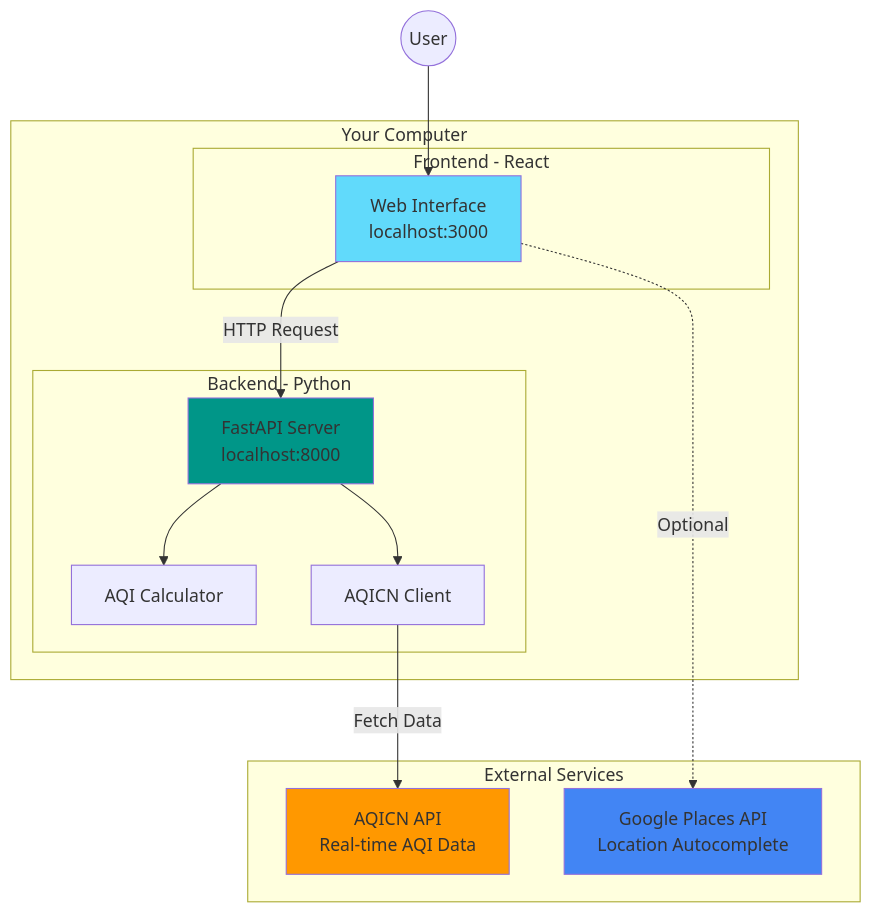
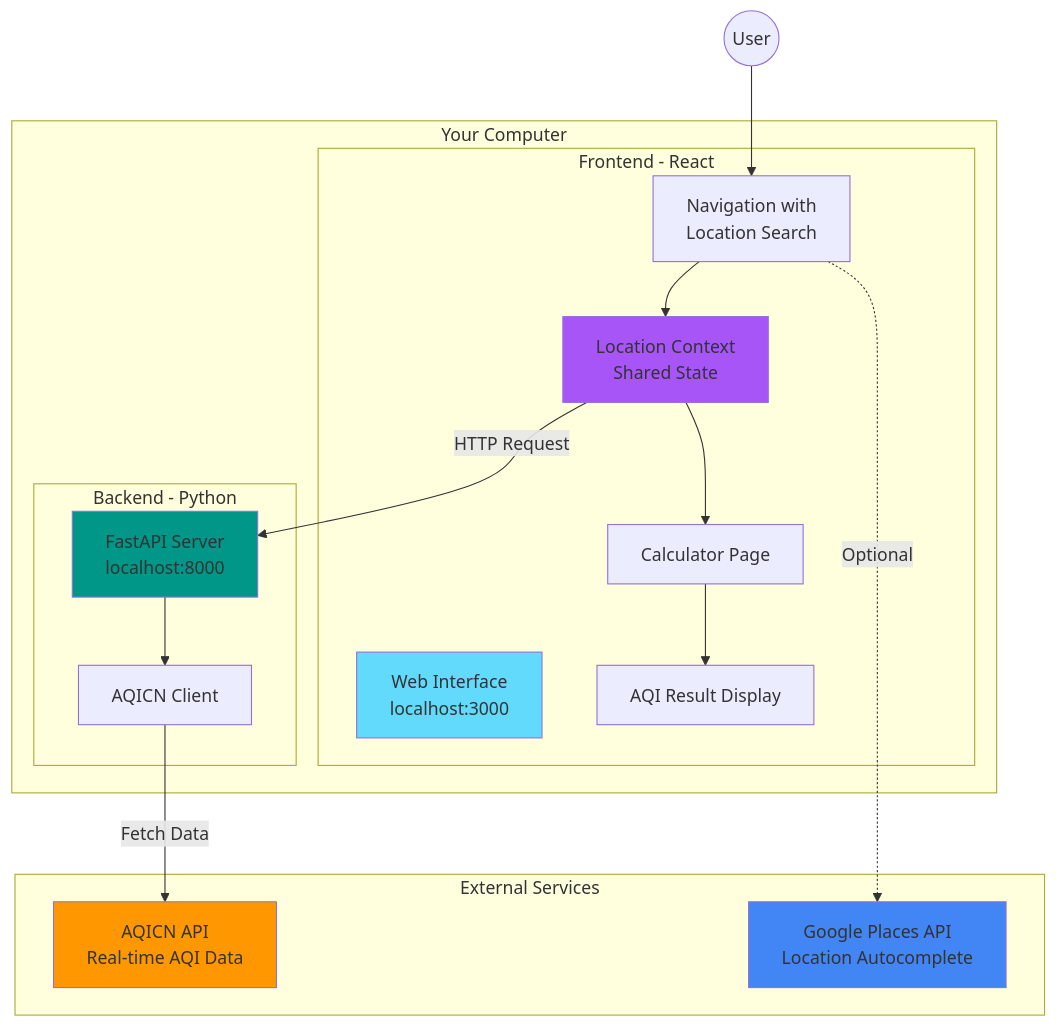
One commit to theaiguy1987/aqi_app changed the first of 6 diagrams in README.md. Above: the diagram before and after it, drawn with Mermaid. The commit also changed other lines of this file and 14 other files, not shown here.

````diff
--- a/README.md
+++ b/README.md
@@ -25,31 +25,37 @@
 ```mermaid
 graph TB
     subgraph "Your Computer"
         subgraph "Frontend - React"
             UI[Web Interface<br/>localhost:3000]
+            NAV[Navigation with<br/>Location Search]
+            CALC[Calculator Page]
+            RESULT[AQI Result Display]
+            CTX[Location Context<br/>Shared State]
         end
         
         subgraph "Backend - Python"
             API[FastAPI Server<br/>localhost:8000]
-            CALC[AQI Calculator]
             CLIENT[AQICN Client]
         end
     end
     
     subgraph "External Services"
         AQICN[AQICN API<br/>Real-time AQI Data]
         GOOGLE[Google Places API<br/>Location Autocomplete]
     end
     
-    User((User)) --> UI
-    UI -->|HTTP Request| API
-    API --> CALC
+    User((User)) --> NAV
+    NAV --> CTX
+    CTX --> CALC
+    CALC --> RESULT
+    CTX -->|HTTP Request| API
     API --> CLIENT
     CLIENT -->|Fetch Data| AQICN
-    UI -.->|Optional| GOOGLE
+    NAV -.->|Optional| GOOGLE
     
     style UI fill:#61dafb
     style API fill:#009688
     style AQICN fill:#ff9800
     style GOOGLE fill:#4285f4
+    style CTX fill:#a855f7
 ```
````
